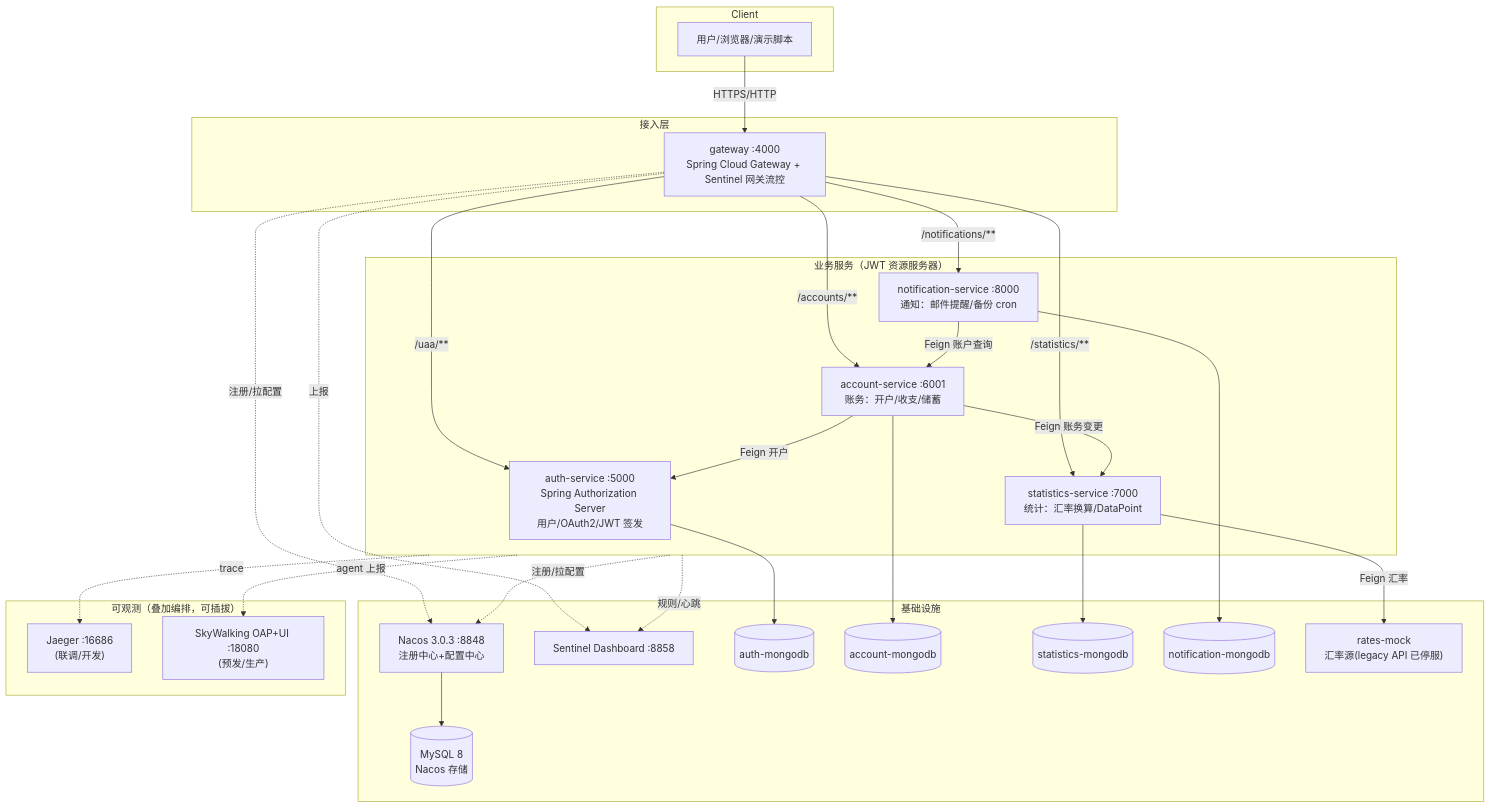
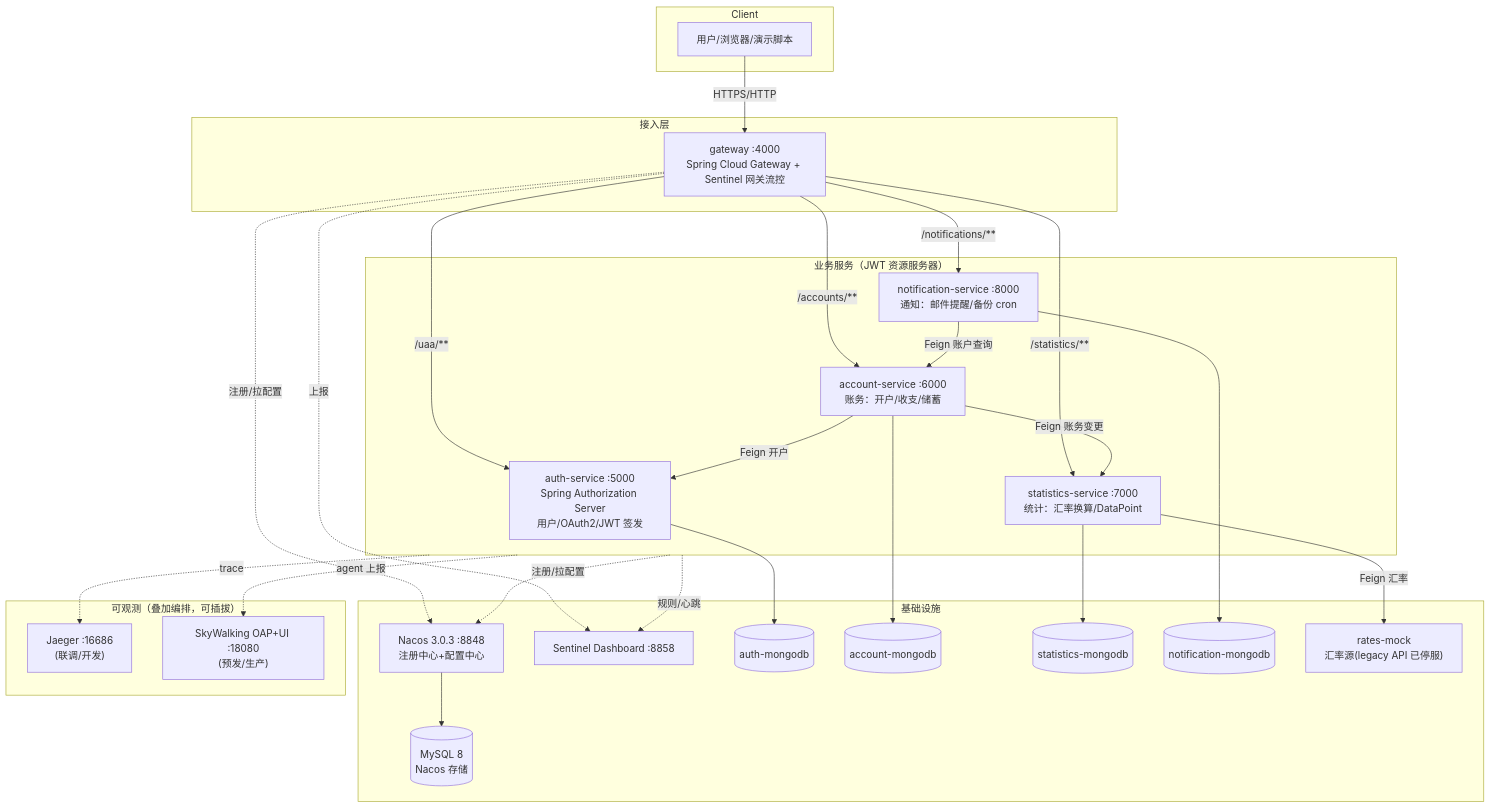
One commit to liuzhangbing-web/piggymetrics-refactored changed the diagram in README.md. Above: the diagram before and after it, drawn with Mermaid. The commit also changed other lines of this file, not shown here.

````diff
--- a/README.md
+++ b/README.md
@@ -52,54 +53,54 @@
 ```mermaid
 graph TB
     subgraph Client
         U[用户/浏览器/演示脚本]
     end
 
     subgraph Edge["接入层"]
         GW["gateway :4000<br/>Spring Cloud Gateway + Sentinel 网关流控"]
     end
 
     subgraph Services["业务服务（JWT 资源服务器）"]
         AUTH["auth-service :5000<br/>Spring Authorization Server<br/>用户/OAuth2/JWT 签发"]
-        ACCT["account-service :6001<br/>账务：开户/收支/储蓄"]
+        ACCT["account-service :6000<br/>账务：开户/收支/储蓄"]
         STAT["statistics-service :7000<br/>统计：汇率换算/DataPoint"]
         NOTI["notification-service :8000<br/>通知：邮件提醒/备份 cron"]
     end
 
     subgraph Infra["基础设施"]
         NACOS["Nacos 3.0.3 :8848<br/>注册中心+配置中心"]
         SENT["Sentinel Dashboard :8858"]
         M1[(auth-mongodb)]
         M2[(account-mongodb)]
         M3[(statistics-mongodb)]
         M4[(notification-mongodb)]
         MYSQL[(MySQL 8<br/>Nacos 存储)]
         RATES["rates-mock<br/>汇率源(legacy API 已停服)"]
     end
 
     subgraph Observability["可观测（叠加编排，可插拔）"]
         JAE["Jaeger :16686<br/>(联调/开发)"]
         SW["SkyWalking OAP+UI :18080<br/>(预发/生产)"]
     end
 
     U -->|HTTPS/HTTP| GW
     GW -->|"/uaa/**"| AUTH
     GW -->|"/accounts/**"| ACCT
     GW -->|"/statistics/**"| STAT
     GW -->|"/notifications/**"| NOTI
     ACCT -->|Feign 开户| AUTH
     ACCT -->|Feign 账务变更| STAT
     STAT -->|Feign 汇率| RATES
     NOTI -->|Feign 账户查询| ACCT
     AUTH --> M1
     ACCT --> M2
     STAT --> M3
     NOTI --> M4
     Services -.注册/拉配置.-> NACOS
     GW -.注册/拉配置.-> NACOS
     NACOS --> MYSQL
     Services -.规则/心跳.-> SENT
     GW -.上报.-> SENT
     Services -.trace.-> JAE
     Services -.agent 上报.-> SW
 ```
````
